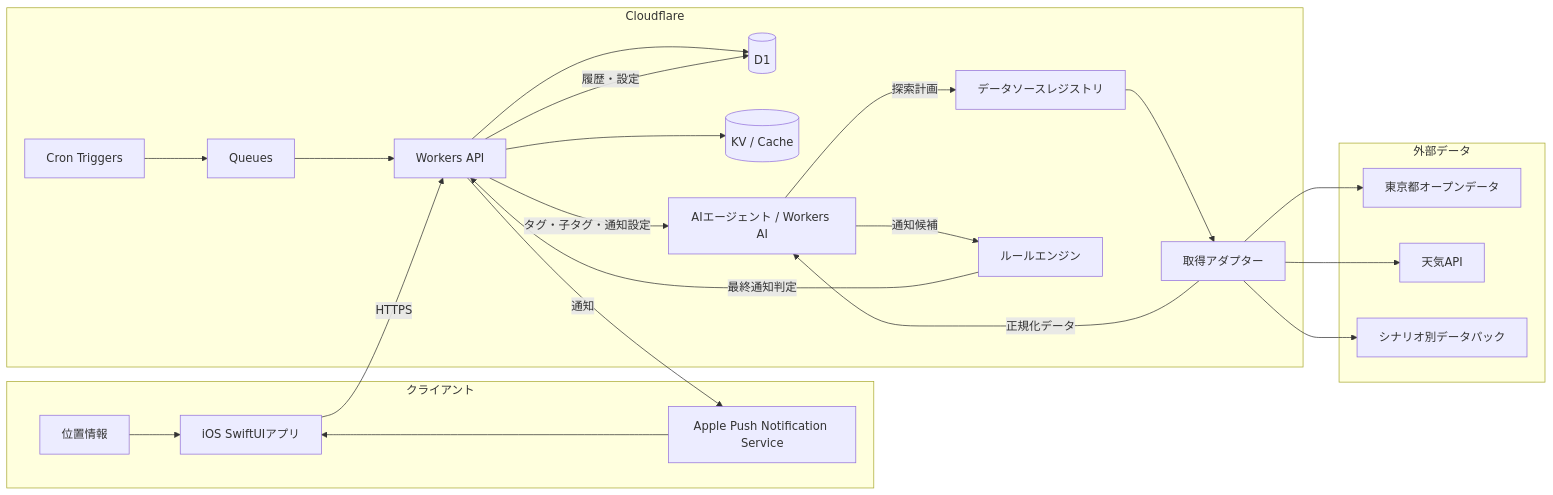
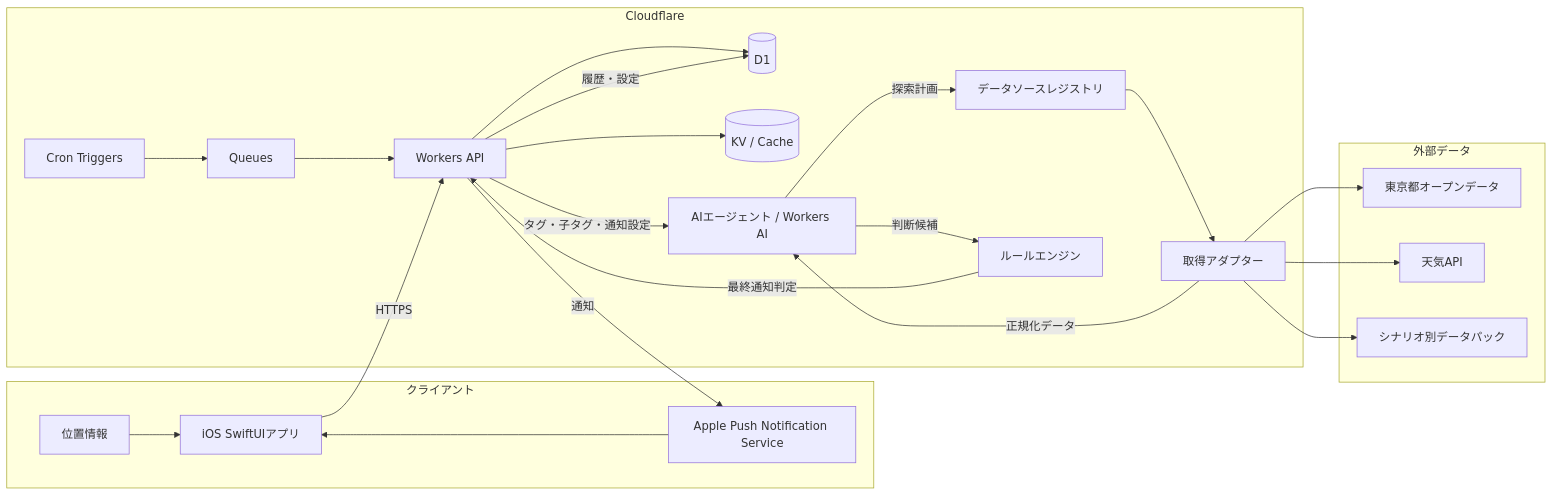
The first of 2 diagrams in basic_design.md (tokyo-plus/tokyo-plus-spec), drawn with Mermaid before and after one commit. The commit also changed other lines of this file, not shown here.

````diff
--- a/basic_design.md
+++ b/basic_design.md
@@ -134,45 +162,45 @@
 ```mermaid
 flowchart LR
   subgraph Client[クライアント]
     App[iOS SwiftUIアプリ]
     Location[位置情報]
     APNs[Apple Push Notification Service]
   end
 
   subgraph Cloudflare[Cloudflare]
     API[Workers API]
     Cron[Cron Triggers]
     Queue[Queues]
     D1[(D1)]
     KV[(KV / Cache)]
     Registry[データソースレジストリ]
     Adapter[取得アダプター]
     AI[AIエージェント / Workers AI]
     Rules[ルールエンジン]
   end
 
   subgraph Sources[外部データ]
     Tokyo[東京都オープンデータ]
     Weather[天気API]
     Optional[シナリオ別データパック]
   end
 
   App -->|HTTPS| API
   Location --> App
   API --> D1
   API --> KV
   Cron --> Queue
   Queue --> API
   API -->|タグ・子タグ・通知設定| AI
   AI -->|探索計画| Registry
   Registry --> Adapter
   Adapter --> Tokyo
   Adapter --> Weather
   Adapter --> Optional
   Adapter -->|正規化データ| AI
-  AI -->|通知候補| Rules
+  AI -->|判断候補| Rules
   Rules -->|最終通知判定| API
   API -->|履歴・設定| D1
   API -->|通知| APNs
   APNs --> App
 ```
````
